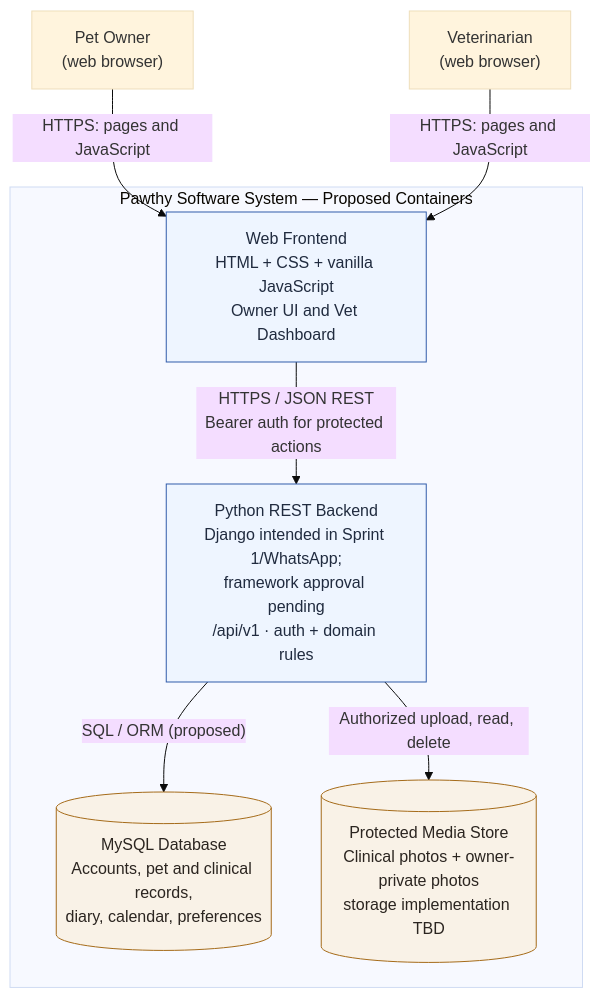
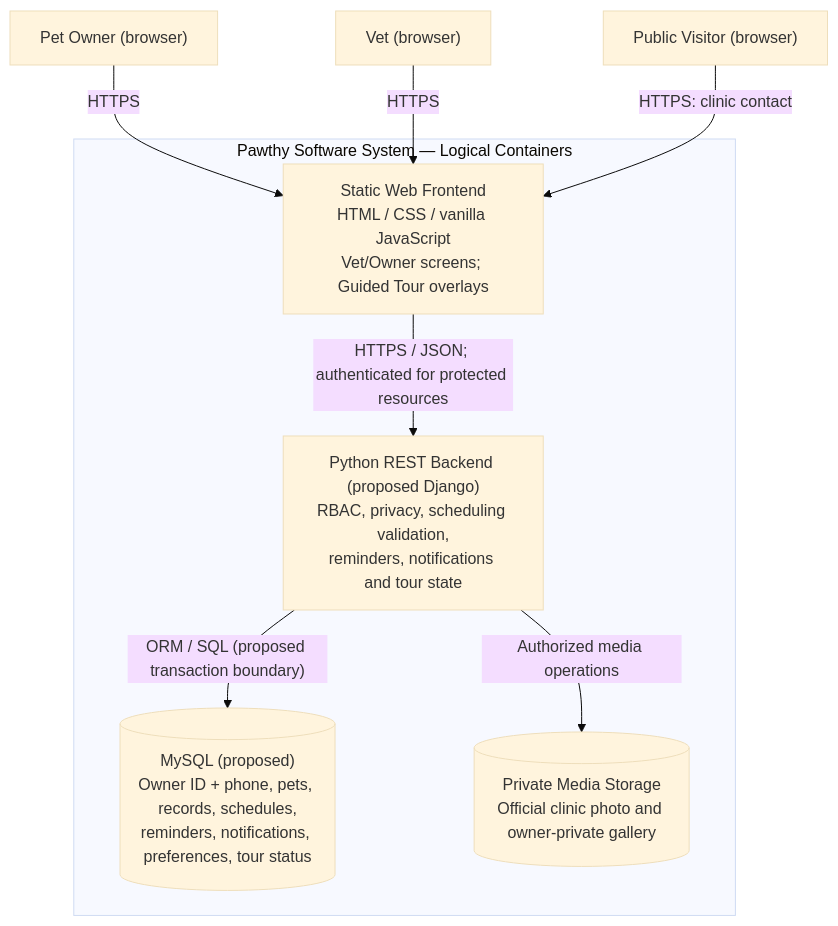
Before and after one commit to Efesen10/Pawthy: the second of 3 diagrams in docs/architecture/c4-architecture.md, drawn with Mermaid (base theme). The commit also changed other lines of this file, not shown here.

Commit message:
docs(architecture): update C4 for 20 Nov SRS and identify API mismatches

````diff
--- a/docs/architecture/c4-architecture.md
+++ b/docs/architecture/c4-architecture.md
@@ -60,20 +37,18 @@
 ```mermaid
 flowchart TB
-    owner["Pet Owner<br/>(web browser)"]
-    vet["Veterinarian<br/>(web browser)"]
-    subgraph system["Pawthy Software System — Proposed Containers"]
-        ui["Web Frontend<br/>HTML + CSS + vanilla JavaScript<br/>Owner UI and Vet Dashboard"]
-        api["Python REST Backend<br/>Django intended in Sprint 1/WhatsApp;<br/>framework approval pending<br/>/api/v1 · auth + domain rules"]
-        db[("MySQL Database<br/>Accounts, pet and clinical records,<br/>diary, calendar, preferences")]
-        media[("Protected Media Store<br/>Clinical photos + owner-private photos<br/>storage implementation TBD")]
-    end
-    owner -->|"HTTPS: pages and JavaScript"| ui
-    vet -->|"HTTPS: pages and JavaScript"| ui
-    ui -->|"HTTPS / JSON REST<br/>Bearer auth for protected actions"| api
-    api -->|"SQL / ORM (proposed)"| db
-    api -->|"Authorized upload, read, delete"| media
-    classDef app fill:#eef5ff,stroke:#305caa,color:#202b3f;
-    classDef store fill:#f9f2e7,stroke:#a56b19,color:#2b2520;
-    class ui,api app;
-    class db,media store;
+  OWNER["Pet Owner (browser)"]
+  VET["Vet (browser)"]
+  VISITOR["Public Visitor (browser)"]
+  subgraph PAWTHY["Pawthy Software System — Logical Containers"]
+    WEB["Static Web Frontend<br/>HTML / CSS / vanilla JavaScript<br/>Vet/Owner screens; Guided Tour overlays"]
+    API["Python REST Backend (proposed Django)<br/>RBAC, privacy, scheduling validation,<br/>reminders, notifications and tour state"]
+    DB[("MySQL (proposed)<br/>Owner ID + phone, pets, records, schedules,<br/>reminders, notifications, preferences, tour status")]
+    MEDIA[("Private Media Storage<br/>Official clinic photo and owner-private gallery")]
+  end
+  OWNER -->|"HTTPS"| WEB
+  VET -->|"HTTPS"| WEB
+  VISITOR -->|"HTTPS: clinic contact"| WEB
+  WEB -->|"HTTPS / JSON; authenticated for protected resources"| API
+  API -->|"ORM / SQL (proposed transaction boundary)"| DB
+  API -->|"Authorized media operations"| MEDIA
 ```
````
